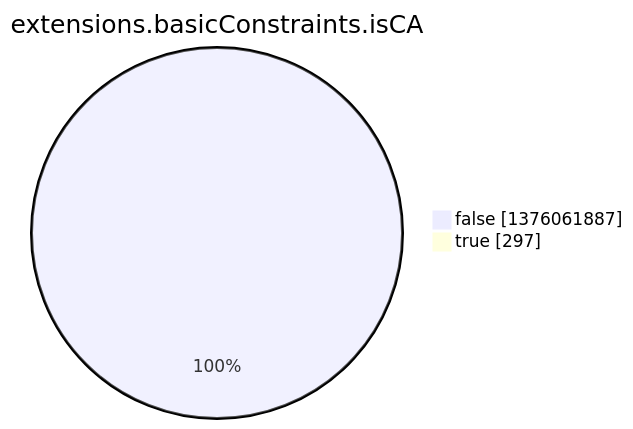
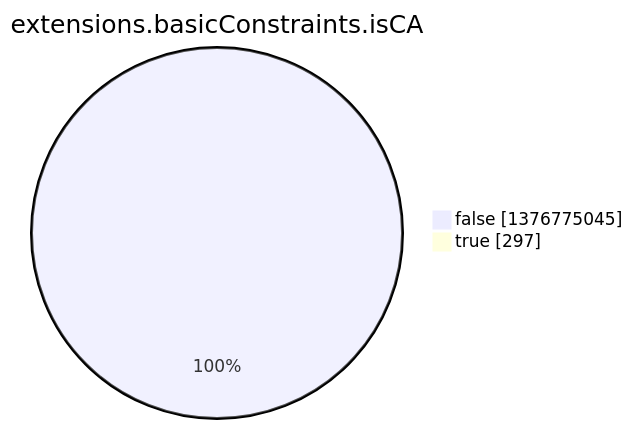
Before and after one commit to christiankrug/ctmonitor_visualization: the eighth of 15 diagrams in argon2022/README.md, drawn with Mermaid. The commit also changed other lines of this file, not shown here.

````diff
--- a/argon2022/README.md
+++ b/argon2022/README.md
@@ -2759,6 +2759,6 @@
 ```mermaid
 pie showData
 title extensions.basicConstraints.isCA
-"false" :1376061887
+"false" :1376775045
 "true" :297
 ```
````
